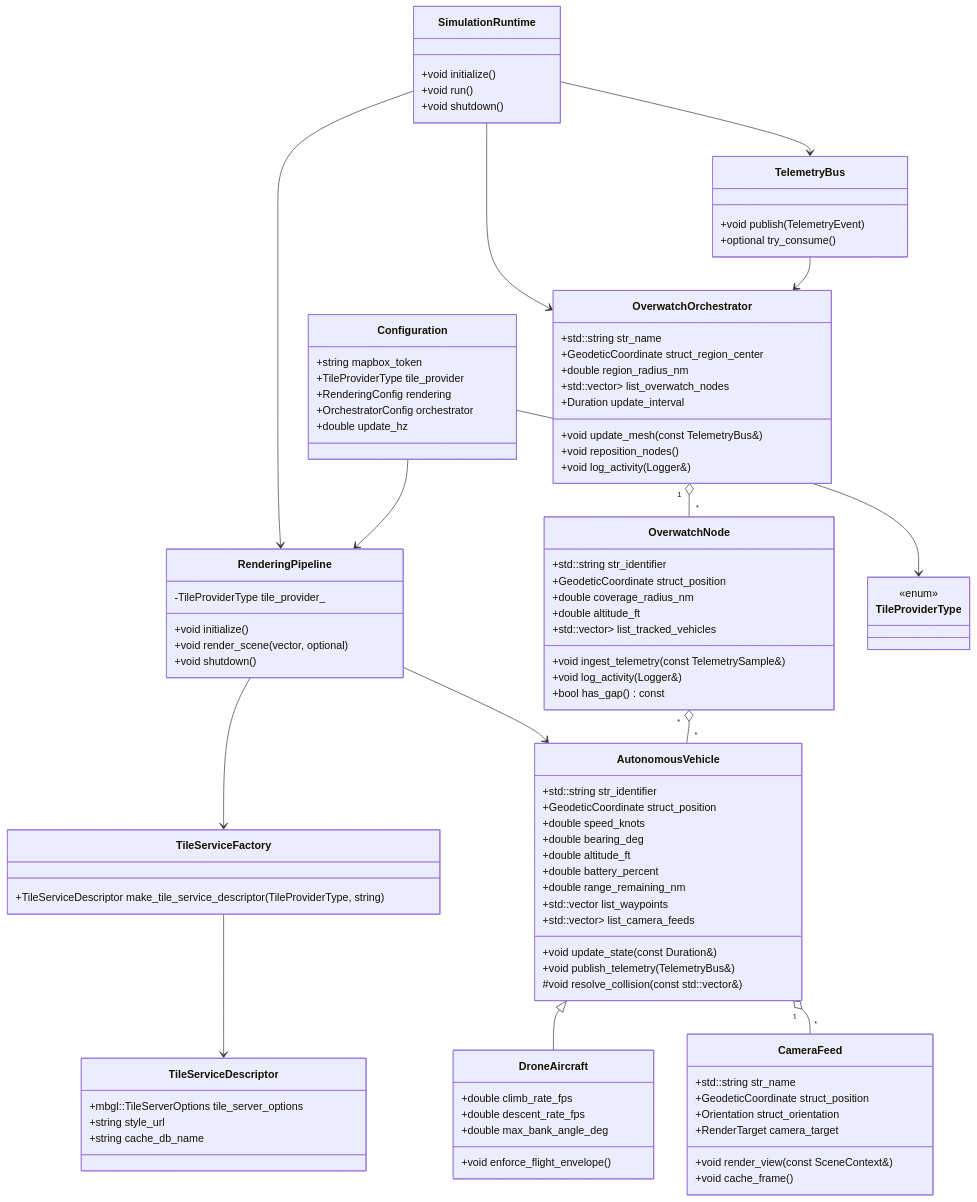
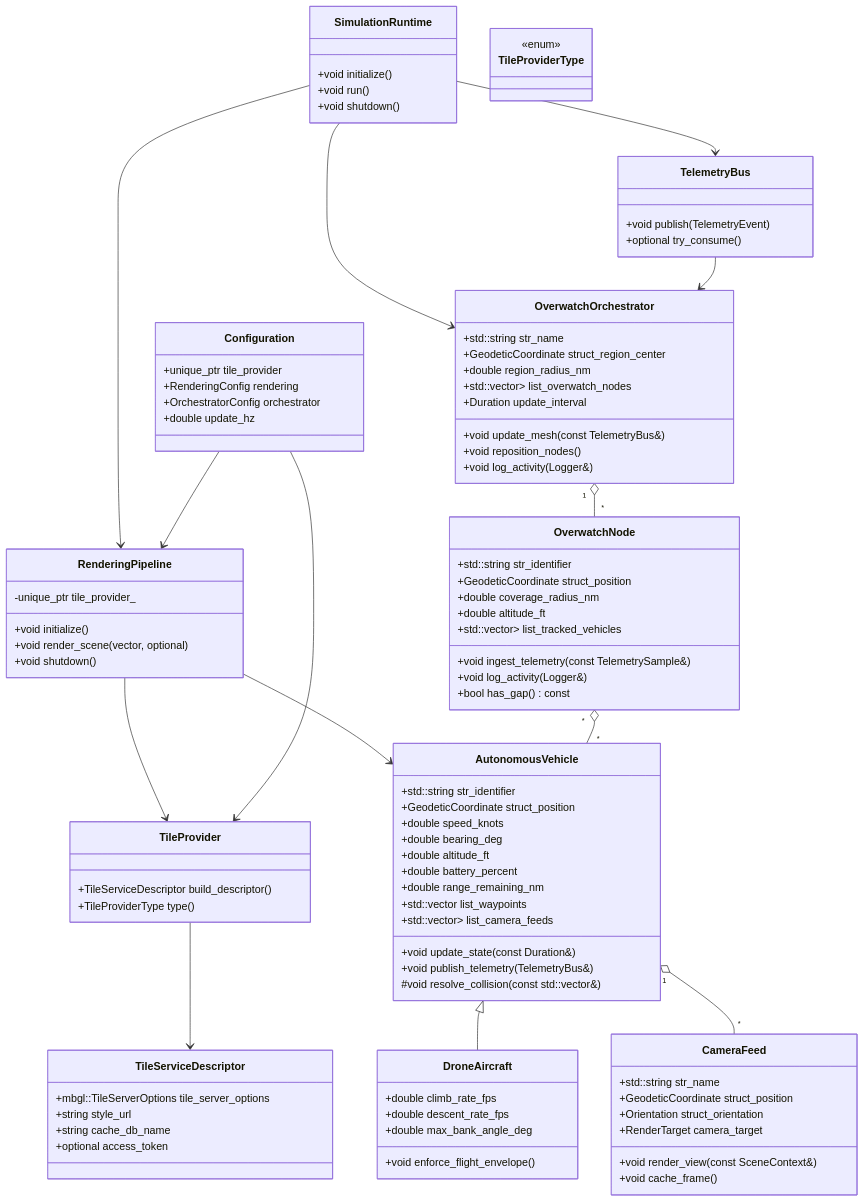
The third of 5 diagrams in README.md (davecthomas/drone_swarm), drawn with Mermaid before and after one commit. The commit also changed other lines of this file and 21 other files, not shown here.

````diff
--- a/README.md
+++ b/README.md
@@ -228,28 +228,29 @@
 ```mermaid
 classDiagram
-    class TileServiceFactory {
-        +TileServiceDescriptor make_tile_service_descriptor(TileProviderType, string)
-    }
-
     class TileServiceDescriptor {
         +mbgl::TileServerOptions tile_server_options
         +string style_url
         +string cache_db_name
+        +optional<string> access_token
     }
 
     class Configuration {
-        +string mapbox_token
-        +TileProviderType tile_provider
+        +unique_ptr<TileProvider> tile_provider
         +RenderingConfig rendering
         +OrchestratorConfig orchestrator
         +double update_hz
+    }
+
+    class TileProvider {
+        +TileServiceDescriptor build_descriptor()
+        +TileProviderType type()
     }
 
     class RenderingPipeline {
         +void initialize()
         +void render_scene(vector<DroneState>, optional<CameraFrame>)
         +void shutdown()
-        -TileProviderType tile_provider_
+        -unique_ptr<TileProvider> tile_provider_
     }
 
     class SimulationRuntime {
@@ -320,8 +321,8 @@
         +optional<TelemetryEvent> try_consume()
     }
 
-    TileServiceFactory --> TileServiceDescriptor
-    RenderingPipeline --> TileServiceFactory
+    TileProvider --> TileServiceDescriptor
+    RenderingPipeline --> TileProvider
     RenderingPipeline --> AutonomousVehicle
     SimulationRuntime --> RenderingPipeline
     SimulationRuntime --> OverwatchOrchestrator
@@ -331,6 +332,6 @@
     OverwatchNode "*" o-- "*" AutonomousVehicle
     OverwatchOrchestrator "1" o-- "*" OverwatchNode
     Configuration --> RenderingPipeline
-    Configuration --> TileProviderType
+    Configuration --> TileProvider
     TelemetryBus --> OverwatchOrchestrator
 ```
````
